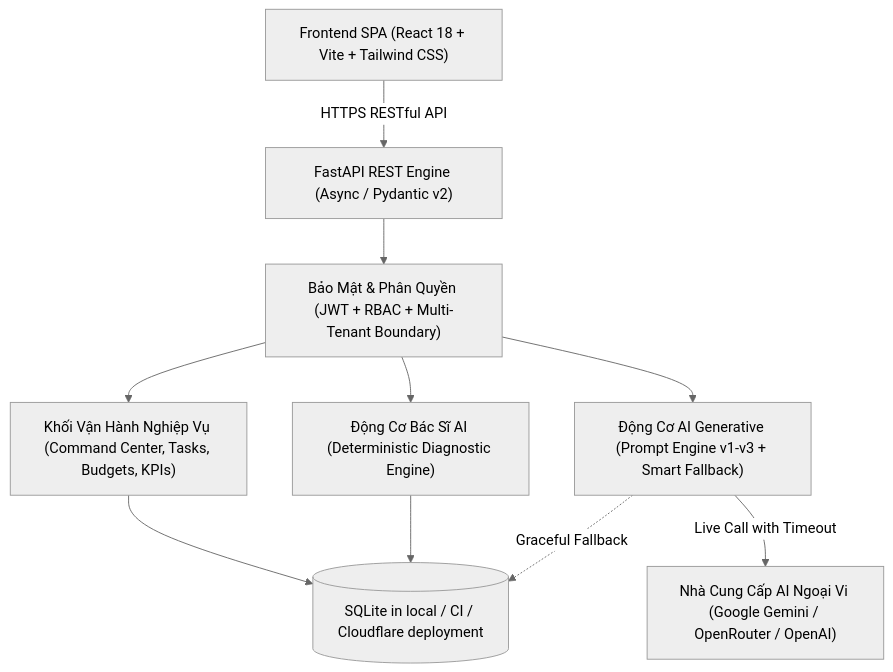
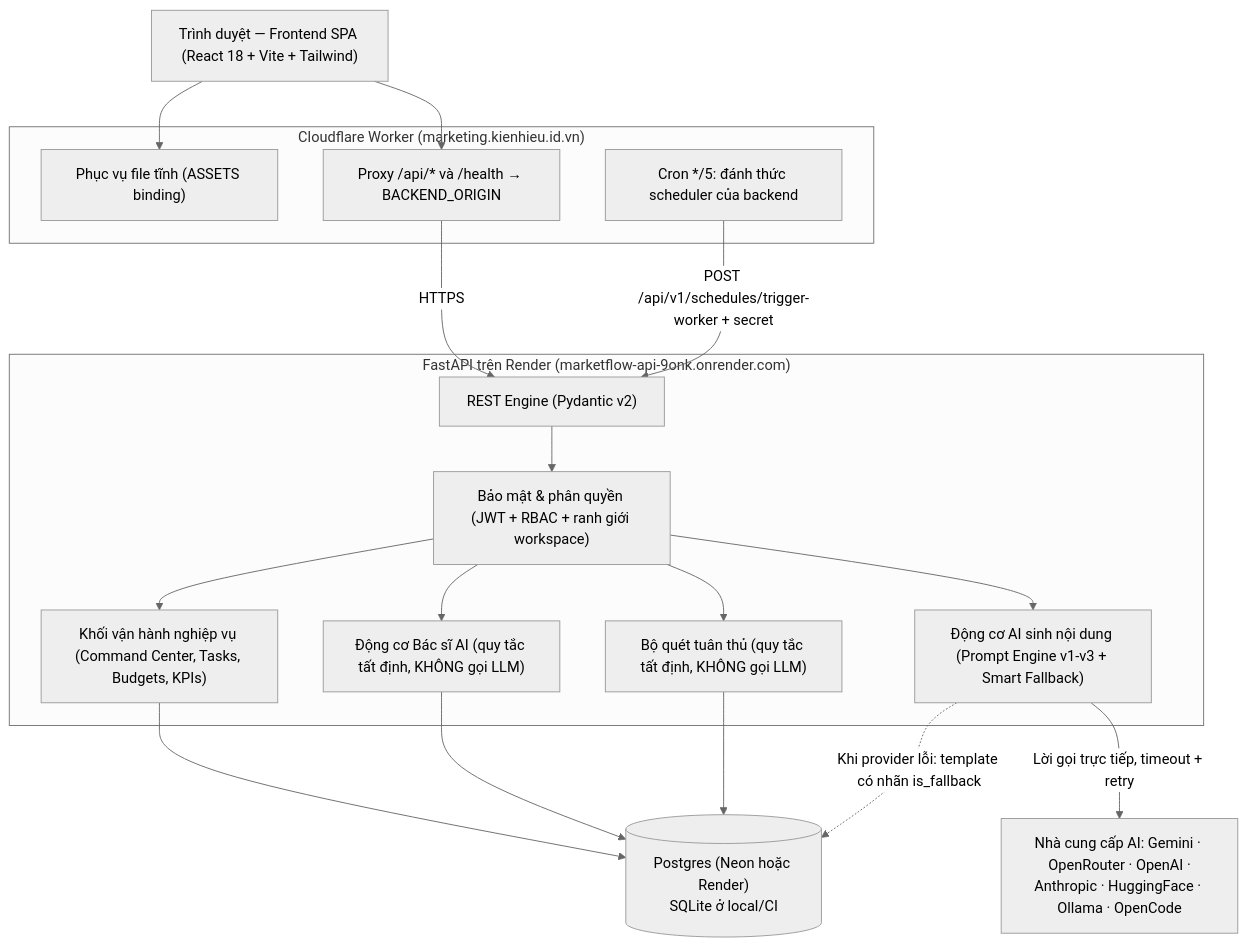
The first of 3 diagrams in docs/ARCHITECTURE.md (hieu-kiien/he-thong-quan-ly-chien-dich-marketing-co-tich-hop-ai), drawn with Mermaid (neutral theme) before and after one commit. The commit also changed other lines of this file and 8 other files, not shown here.

````diff
--- a/docs/ARCHITECTURE.md
+++ b/docs/ARCHITECTURE.md
@@ -14,21 +24,38 @@
 ```mermaid
 graph TD
-    Client["Frontend SPA (React 18 + Vite + Tailwind CSS)"]
-    API["FastAPI REST Engine (Async / Pydantic v2)"]
-    Auth["Bảo Mật & Phân Quyền (JWT + RBAC + Multi-Tenant Boundary)"]
-    Operations["Khối Vận Hành Nghiệp Vụ (Command Center, Tasks, Budgets, KPIs)"]
-    AIDoctor["Động Cơ Bác Sĩ AI (Deterministic Diagnostic Engine)"]
-    AIEngine["Động Cơ AI Generative (Prompt Engine v1-v3 + Smart Fallback)"]
-    DB[(SQLite in local / CI / Cloudflare deployment)]
-    ExternalAI["Nhà Cung Cấp AI Ngoại Vi (Google Gemini / OpenRouter / OpenAI)"]
+    Browser["Trình duyệt — Frontend SPA (React 18 + Vite + Tailwind)"]
 
-    Client -->|HTTPS RESTful API| API
+    subgraph Edge["Cloudflare Worker (marketing.kienhieu.id.vn)"]
+        Assets["Phục vụ file tĩnh (ASSETS binding)"]
+        Proxy["Proxy /api/* và /health → BACKEND_ORIGIN"]
+        Cron["Cron */5: đánh thức scheduler của backend"]
+    end
+
+    subgraph App["FastAPI trên Render (marketflow-api-9onk.onrender.com)"]
+        API["REST Engine (Pydantic v2)"]
+        Auth["Bảo mật & phân quyền (JWT + RBAC + ranh giới workspace)"]
+        Operations["Khối vận hành nghiệp vụ (Command Center, Tasks, Budgets, KPIs)"]
+        AIDoctor["Động cơ Bác sĩ AI (quy tắc tất định, KHÔNG gọi LLM)"]
+        Compliance["Bộ quét tuân thủ (quy tắc tất định, KHÔNG gọi LLM)"]
+        AIEngine["Động cơ AI sinh nội dung (Prompt Engine v1-v3 + Smart Fallback)"]
+    end
+
+    DB[("Postgres (Neon hoặc Render)<br/>SQLite ở local/CI")]
+    ExternalAI["Nhà cung cấp AI: Gemini · OpenRouter · OpenAI ·<br/>Anthropic · HuggingFace · Ollama · OpenCode"]
+
+    Browser --> Assets
+    Browser --> Proxy
+    Proxy -->|HTTPS| API
+    Cron -->|POST /api/v1/schedules/trigger-worker + secret| API
+
     API --> Auth
     Auth --> Operations
     Auth --> AIDoctor
+    Auth --> Compliance
     Auth --> AIEngine
     Operations --> DB
     AIDoctor --> DB
-    AIEngine -->|Live Call with Timeout| ExternalAI
-    AIEngine -.->|Graceful Fallback| DB
+    Compliance --> DB
+    AIEngine -->|Lời gọi trực tiếp, timeout + retry| ExternalAI
+    AIEngine -.->|Khi provider lỗi: template có nhãn is_fallback| DB
 ```
````
